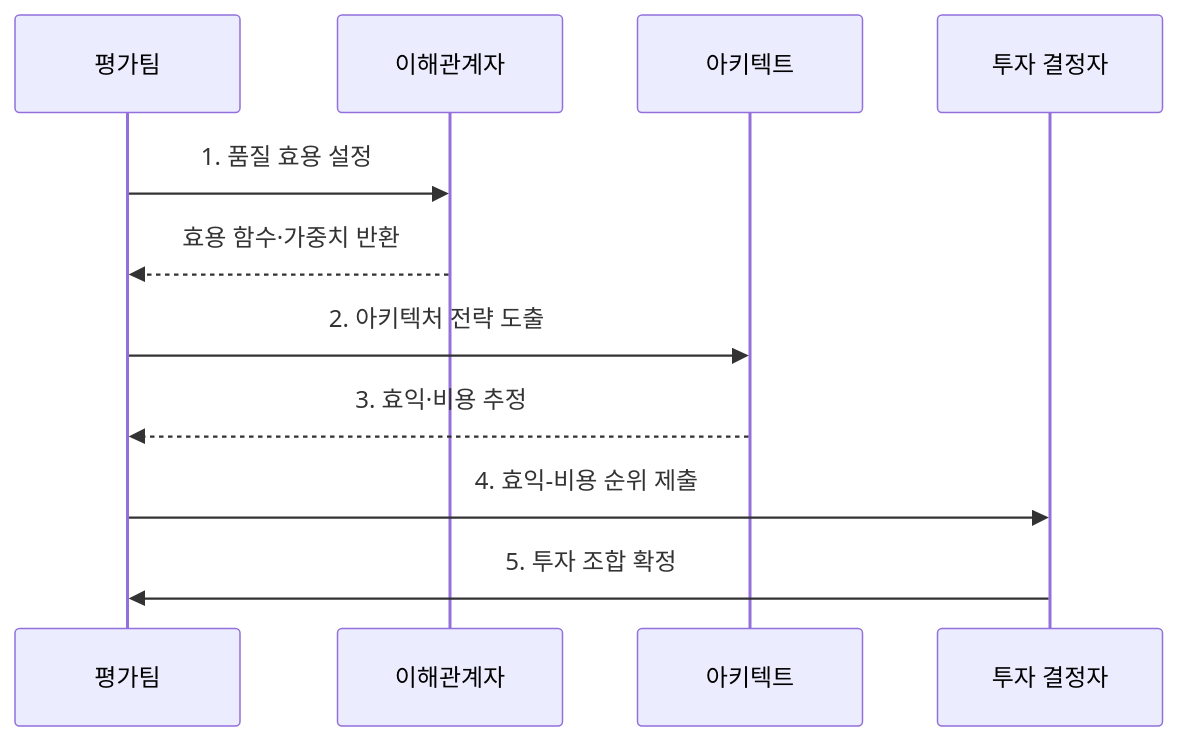
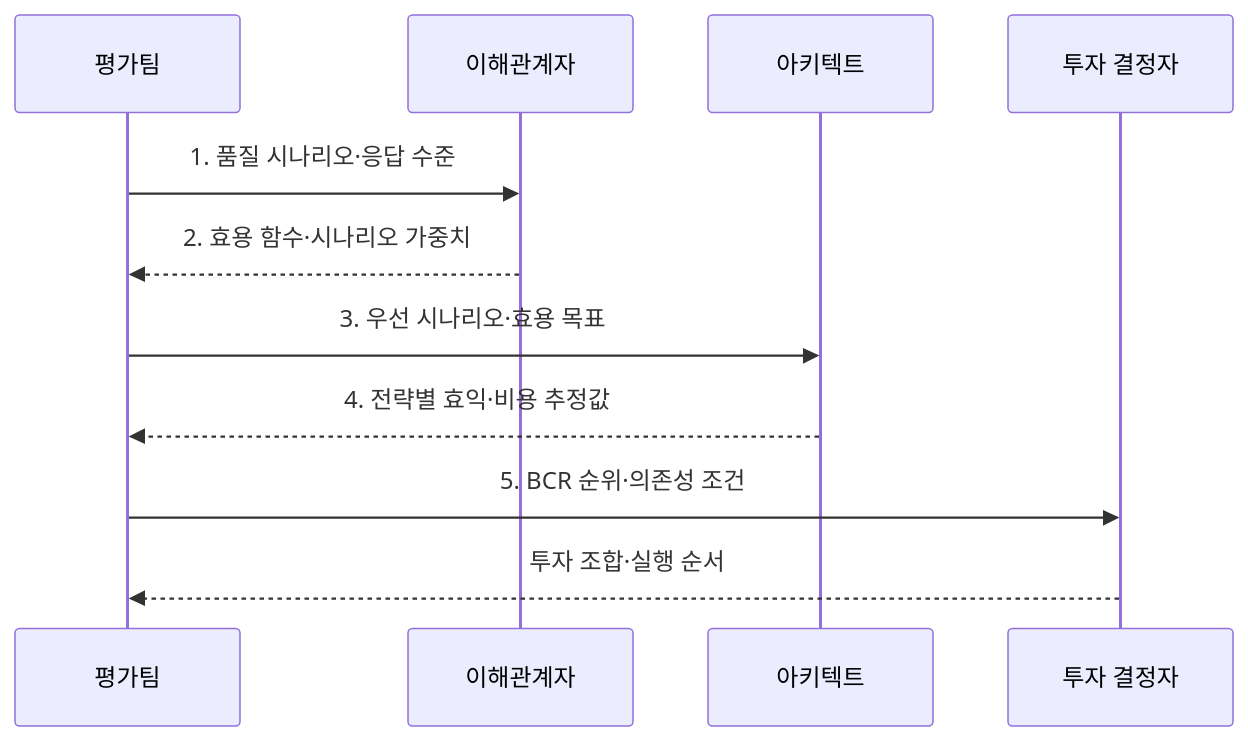
One commit to agnusdei1207/knowledge-base changed the second of 2 diagrams in src/content/docs/notes/03-software/072_cbam.md. Above: the diagram before and after it, drawn with Mermaid. The commit also changed other lines of this file and 20 other files, not shown here.

````diff
--- a/src/content/docs/notes/03-software/072_cbam.md
+++ b/src/content/docs/notes/03-software/072_cbam.md
@@ -80,13 +87,13 @@
 ```mermaid
 sequenceDiagram
     participant T as 평가팀
     participant S as 이해관계자
     participant A as 아키텍트
     participant D as 투자 결정자
-    T->>S: 1. 품질 효용 설정
-    S-->>T: 효용 함수·가중치 반환
-    T->>A: 2. 아키텍처 전략 도출
-    A-->>T: 3. 효익·비용 추정
-    T->>D: 4. 효익-비용 순위 제출
-    D->>T: 5. 투자 조합 확정
+    T->>S: 1. 품질 시나리오·응답 수준
+    S-->>T: 2. 효용 함수·시나리오 가중치
+    T->>A: 3. 우선 시나리오·효용 목표
+    A-->>T: 4. 전략별 효익·비용 추정값
+    T->>D: 5. BCR 순위·의존성 조건
+    D-->>T: 투자 조합·실행 순서
 ```
````
